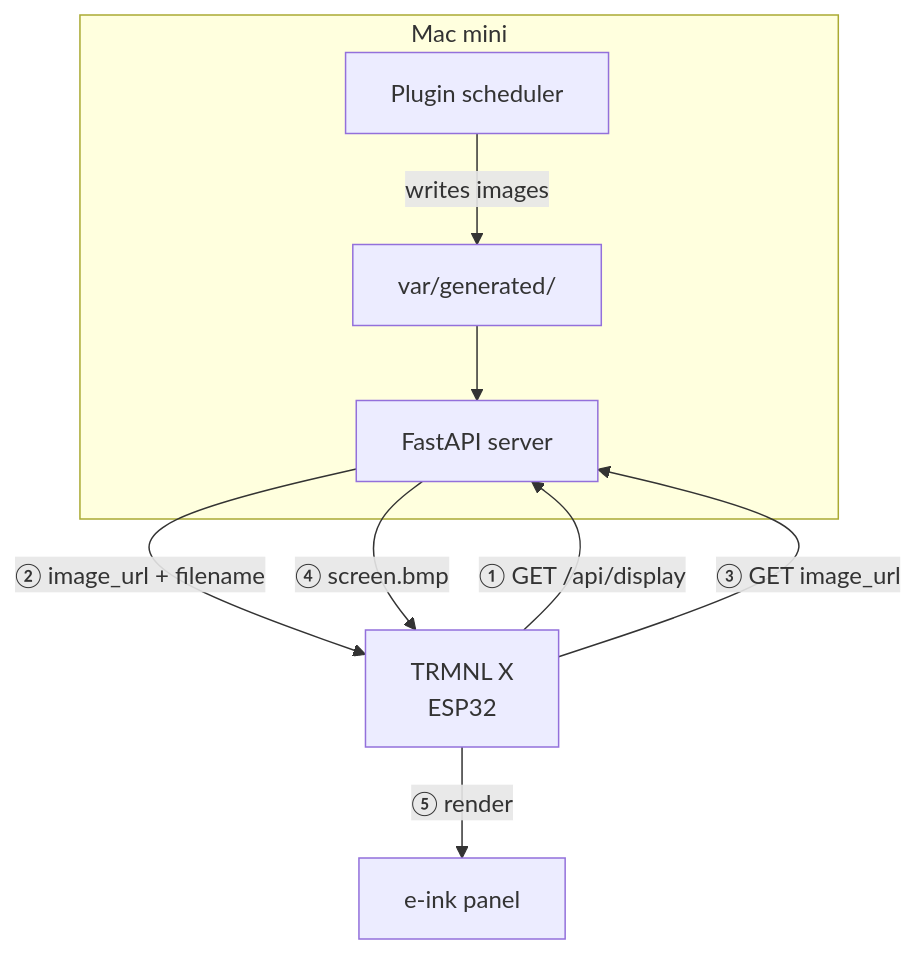
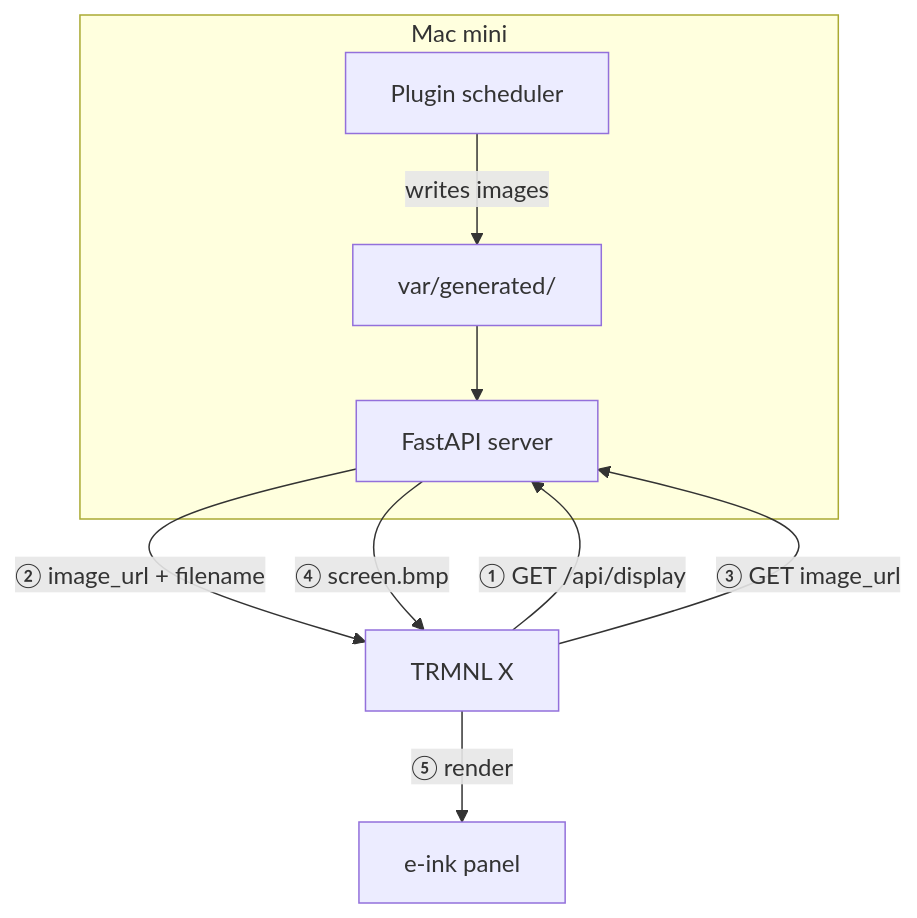
One commit to dcwfz9/derek-engineer changed the diagram in content/posts/trmnl-x-byos-server-setup.md. Above: the diagram before and after it, drawn with Mermaid. The commit also changed 2 other files, not shown here.

Commit message:
Fix Mermaid: re-render on theme toggle, strip pre box styling, remove ESP32 assumption

````diff
--- a/content/posts/trmnl-x-byos-server-setup.md
+++ b/content/posts/trmnl-x-byos-server-setup.md
@@ -15,14 +15,14 @@
 ```mermaid
 flowchart TD
     subgraph mac["Mac mini"]
         S["FastAPI server"]
         P["Plugin scheduler"] -->|writes images| G["var/generated/"]
         G --> S
     end
 
-    F["TRMNL X\nESP32"] -->|"① GET /api/display"| S
+    F["TRMNL X"] -->|"① GET /api/display"| S
     S -->|"② image_url + filename"| F
     F -->|"③ GET image_url"| S
     S -->|"④ screen.bmp"| F
     F -->|"⑤ render"| E["e-ink panel"]
 ```
````
